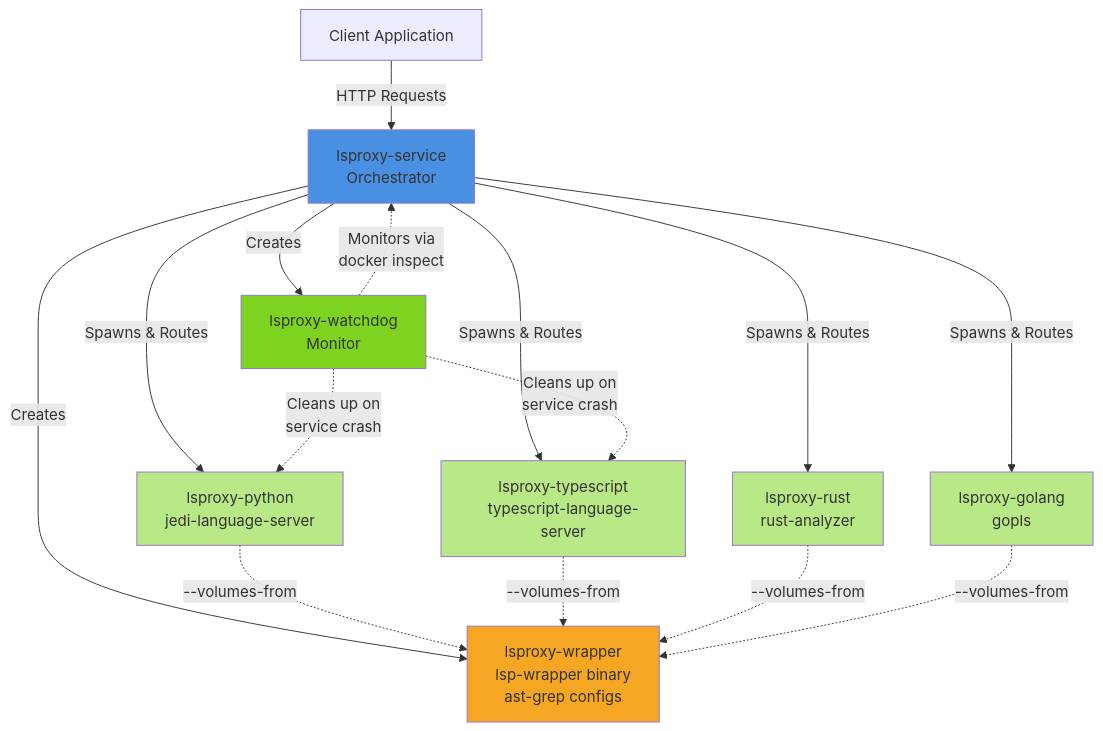
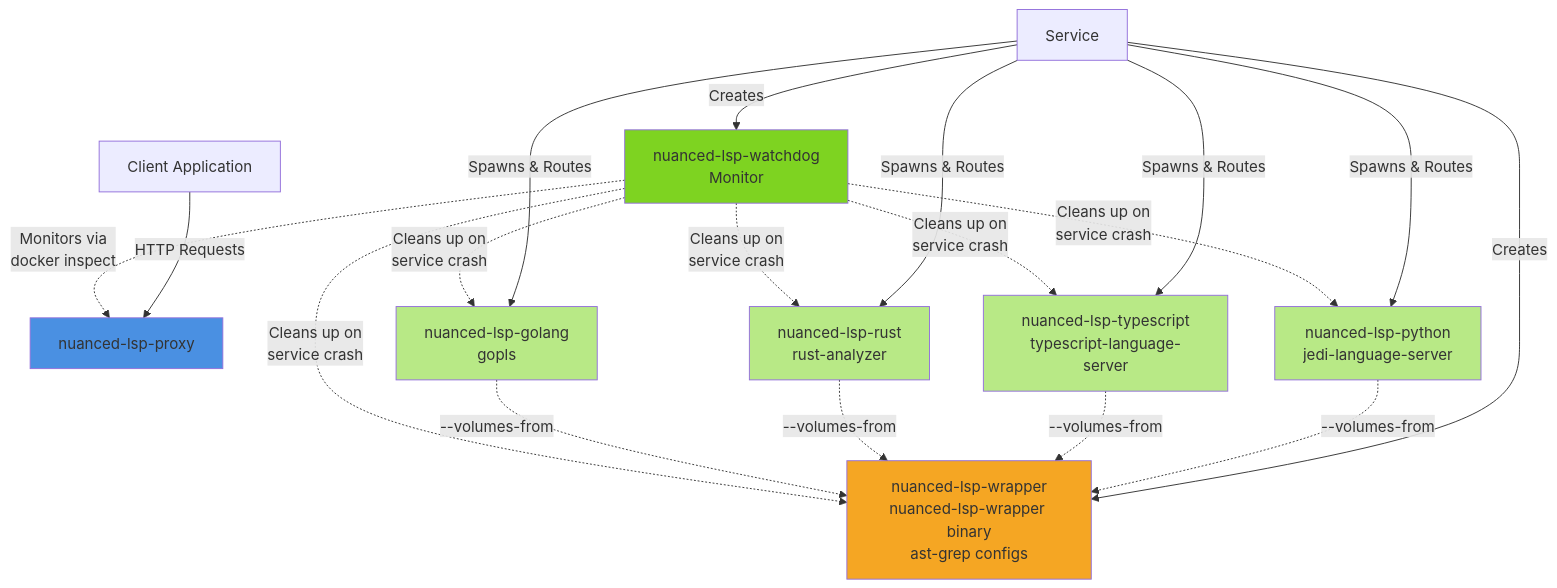
Before and after one commit to nuanced-dev/lsproxy: the first of 4 diagrams in README.md, drawn with Mermaid. The commit also changed other lines of this file and 4 other files, not shown here.

````diff
--- a/README.md
+++ b/README.md
@@ -49,27 +49,30 @@
 ```mermaid
 graph TD
-    Client[Client Application] -->|HTTP Requests| Service[lsproxy-service<br/>Orchestrator]
-    Service -->|Spawns & Routes| Python[lsproxy-python<br/>jedi-language-server]
-    Service -->|Spawns & Routes| TypeScript[lsproxy-typescript<br/>typescript-language-server]
-    Service -->|Spawns & Routes| Rust[lsproxy-rust<br/>rust-analyzer]
-    Service -->|Spawns & Routes| Golang[lsproxy-golang<br/>gopls]
-    Service -->|Creates| Wrapper[lsproxy-wrapper<br/>lsp-wrapper binary<br/>ast-grep configs]
+    Client[Client Application] -->|HTTP Requests| Proxy[nuanced-lsp-proxy]
+    Service -->|Spawns & Routes| Python[nuanced-lsp-python<br/>jedi-language-server]
+    Service -->|Spawns & Routes| TypeScript[nuanced-lsp-typescript<br/>typescript-language-server]
+    Service -->|Spawns & Routes| Rust[nuanced-lsp-rust<br/>rust-analyzer]
+    Service -->|Spawns & Routes| Golang[nuanced-lsp-golang<br/>gopls]
+    Service -->|Creates| Wrapper[nuanced-lsp-wrapper<br/>nuanced-lsp-wrapper binary<br/>ast-grep configs]
 
     Python -.->|--volumes-from| Wrapper
     TypeScript -.->|--volumes-from| Wrapper
     Rust -.->|--volumes-from| Wrapper
     Golang -.->|--volumes-from| Wrapper
 
-    Service -->|Creates| Watchdog[lsproxy-watchdog<br/>Monitor]
-    Watchdog -.->|Monitors via<br/>docker inspect| Service
+    Service -->|Creates| Watchdog[nuanced-lsp-watchdog<br/>Monitor]
+    Watchdog -.->|Monitors via<br/>docker inspect| Proxy
     Watchdog -.->|Cleans up on<br/>service crash| Python
     Watchdog -.->|Cleans up on<br/>service crash| TypeScript
+    Watchdog -.->|Cleans up on<br/>service crash| Rust
+    Watchdog -.->|Cleans up on<br/>service crash| Golang
+    Watchdog -.->|Cleans up on<br/>service crash| Wrapper
 
-    style Service fill:#4A90E2
+    style Proxy fill:#4A90E2
     style Wrapper fill:#F5A623
     style Watchdog fill:#7ED321
     style Python fill:#B8E986
     style TypeScript fill:#B8E986
     style Rust fill:#B8E986
     style Golang fill:#B8E986
 ```
````
